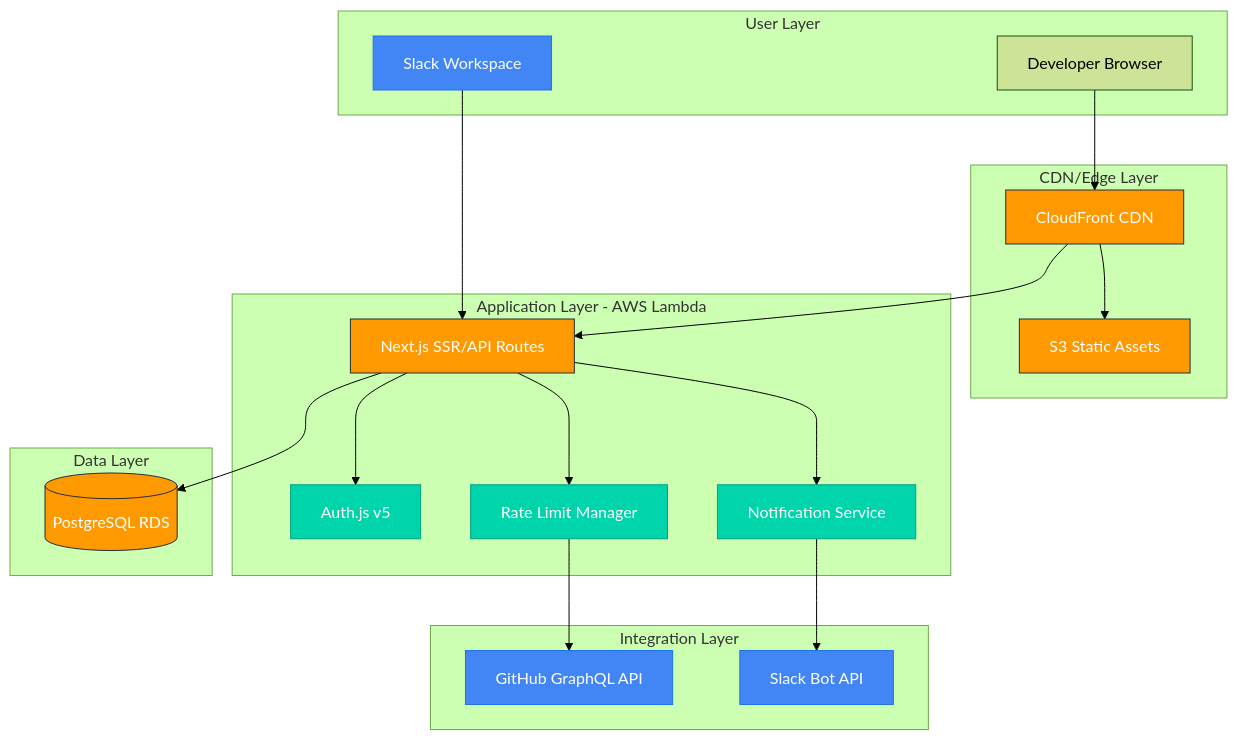
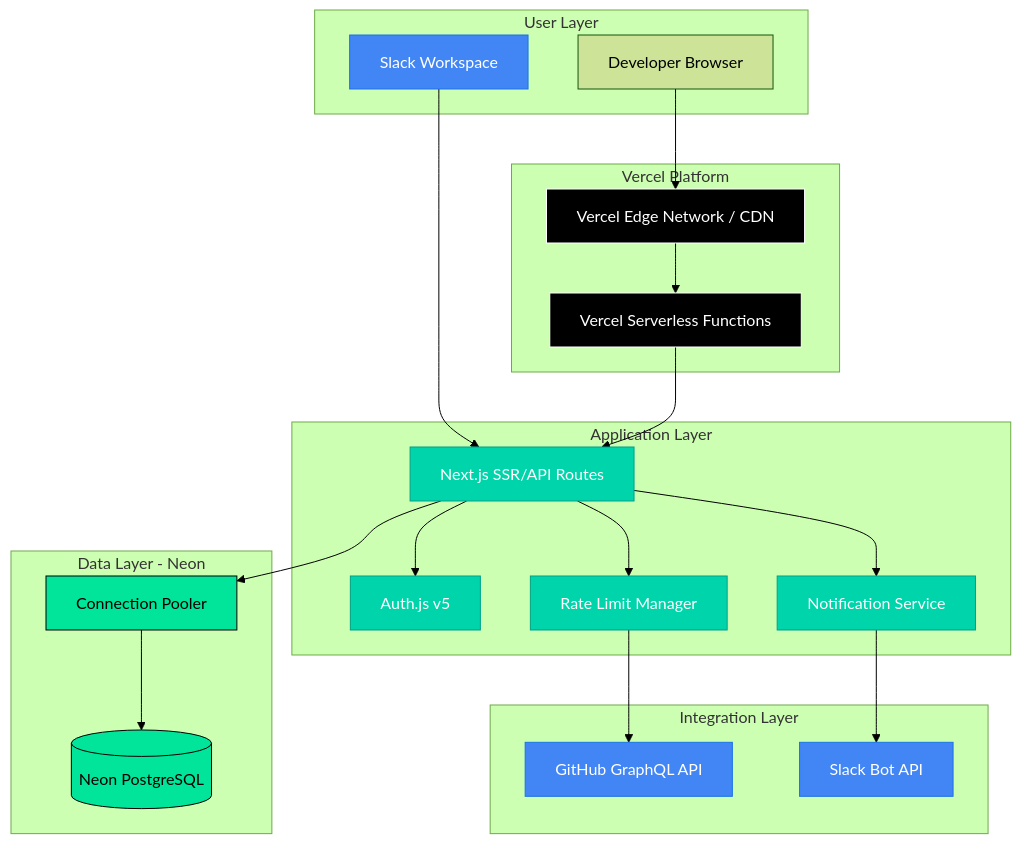
Before and after one commit to aviram-shubeili/code-flow: the diagram in docs/architecture/high-level-architecture.md, drawn with Mermaid (forest theme). The commit also changed other lines of this file and 18 other files, not shown here.

````diff
--- a/docs/architecture/high-level-architecture.md
+++ b/docs/architecture/high-level-architecture.md
@@ -31,47 +29,51 @@
 ```mermaid
 graph TB
     subgraph "User Layer"
         DEV[Developer Browser]
         SLACK[Slack Workspace]
     end
 
-    subgraph "CDN/Edge Layer"
-        CF[CloudFront CDN]
-        S3[S3 Static Assets]
+    subgraph "Vercel Platform"
+        EDGE[Vercel Edge Network / CDN]
+        FUNCTIONS[Vercel Serverless Functions]
     end
 
-    subgraph "Application Layer - AWS Lambda"
+    subgraph "Application Layer"
         NEXTJS[Next.js SSR/API Routes]
         AUTH[Auth.js v5]
         RATELIMIT[Rate Limit Manager]
         NOTIFY[Notification Service]
     end
 
     subgraph "Integration Layer"
         GITHUB[GitHub GraphQL API]
         SLACKAPI[Slack Bot API]
     end
 
-    subgraph "Data Layer"
-        RDS[(PostgreSQL RDS)]
+    subgraph "Data Layer - Neon"
+        NEON[(Neon PostgreSQL)]
+        POOLER[Connection Pooler]
     end
 
-    DEV --> CF
+    DEV --> EDGE
     SLACK --> NEXTJS
-    CF --> S3
-    CF --> NEXTJS
+    EDGE --> FUNCTIONS
+    FUNCTIONS --> NEXTJS
     NEXTJS --> AUTH
     NEXTJS --> RATELIMIT
     NEXTJS --> NOTIFY
     RATELIMIT --> GITHUB
     NOTIFY --> SLACKAPI
-    NEXTJS --> RDS
+    NEXTJS --> POOLER
+    POOLER --> NEON
     
-    classDef aws fill:#ff9900,stroke:#232f3e,color:#fff
+    classDef vercel fill:#000,stroke:#fff,color:#fff
+    classDef neon fill:#00e599,stroke:#000,color:#000
     classDef external fill:#4285f4,stroke:#1a73e8,color:#fff
     classDef app fill:#00d4aa,stroke:#00a088,color:#fff
     
-    class CF,S3,NEXTJS,RDS aws
+    class EDGE,FUNCTIONS vercel
+    class NEON,POOLER neon
     class GITHUB,SLACKAPI,SLACK external
-    class AUTH,RATELIMIT,NOTIFY app
+    class NEXTJS,AUTH,RATELIMIT,NOTIFY app
 ```
````
